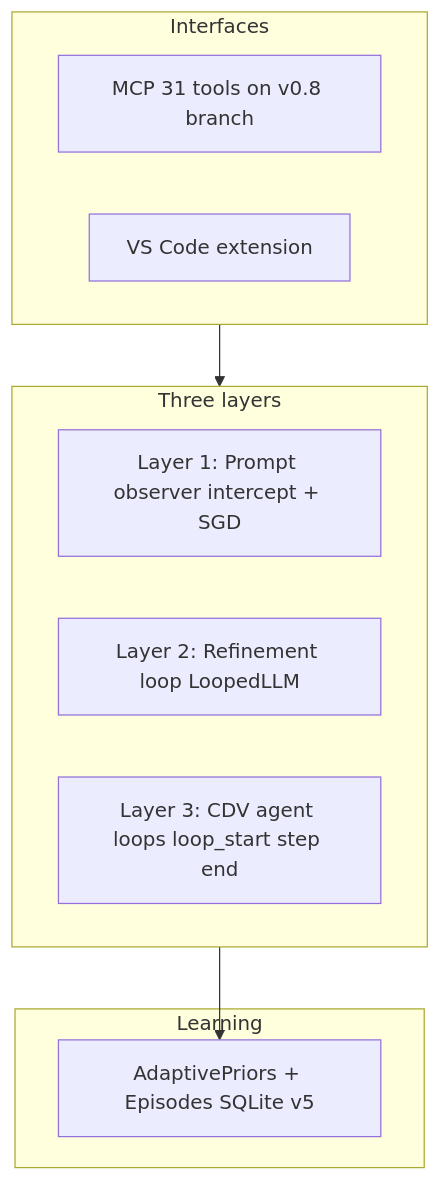
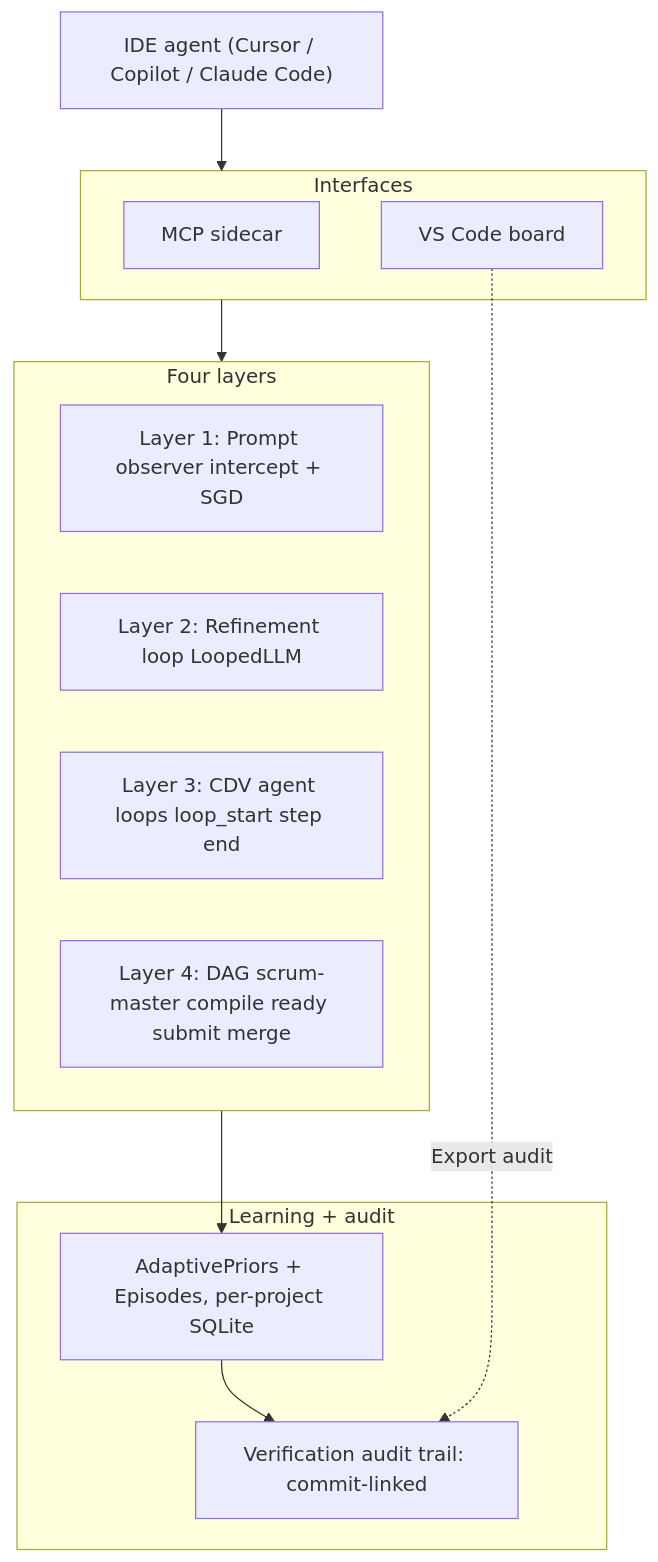
Before and after one commit to azank1/cdv: the diagram in README.md, drawn with Mermaid. The commit also changed other lines of this file and 45 other files, not shown here.

First line of the commit message:
feat(v0.10): per-project scoping, DAG board, audit trail, and repo cleanup (#9)

````diff
--- a/README.md
+++ b/README.md
@@ -65,17 +106,21 @@
 ```mermaid
 flowchart TB
+  Agent["IDE agent (Cursor / Copilot / Claude Code)"]
   subgraph interfaces [Interfaces]
-    MCP[MCP 31 tools on v0.8 branch]
-    Ext[VS Code extension]
+    MCP[MCP sidecar]
+    Ext[VS Code board]
   end
-  subgraph layers [Three layers]
-    L1[Layer 1: Prompt observer intercept + SGD]
-    L2[Layer 2: Refinement loop LoopedLLM]
-    L3[Layer 3: CDV agent loops loop_start step end]
+  subgraph layers [Four layers]
+    L1["Layer 1: Prompt observer intercept + SGD"]
+    L2["Layer 2: Refinement loop LoopedLLM"]
+    L3["Layer 3: CDV agent loops loop_start step end"]
+    L4["Layer 4: DAG scrum-master compile ready submit merge"]
   end
-  subgraph learn [Learning]
-    Priors[AdaptivePriors + Episodes SQLite v5]
+  subgraph learn [Learning + audit]
+    Priors["AdaptivePriors + Episodes, per-project SQLite"]
+    Trail["Verification audit trail: commit-linked"]
   end
-  interfaces --> layers
-  layers --> Priors
+  Agent --> interfaces --> layers
+  layers --> Priors --> Trail
+  Ext -.->|"Export audit"| Trail
 ```
````
